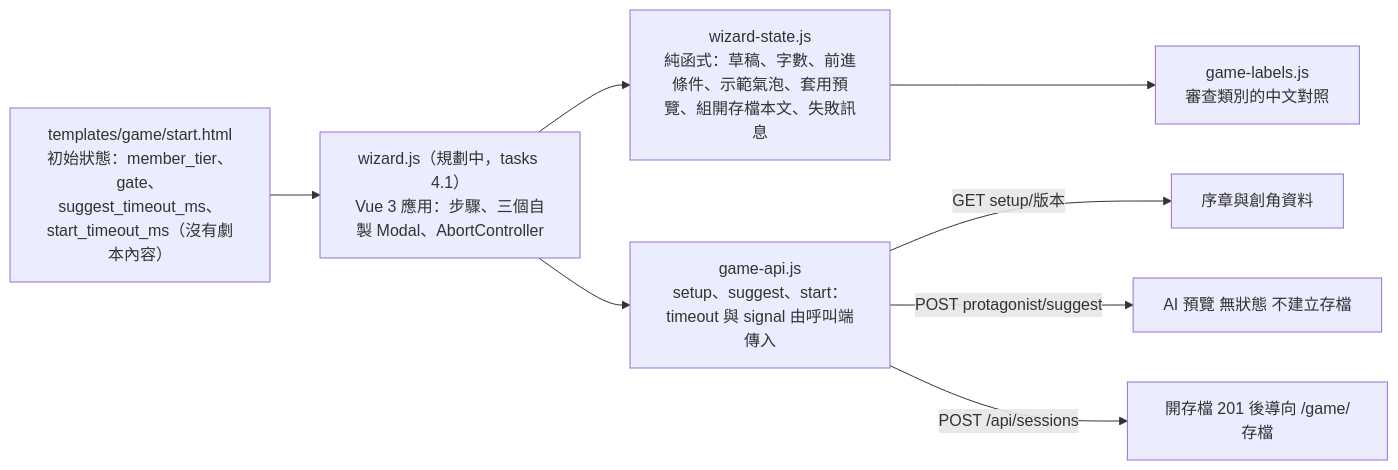
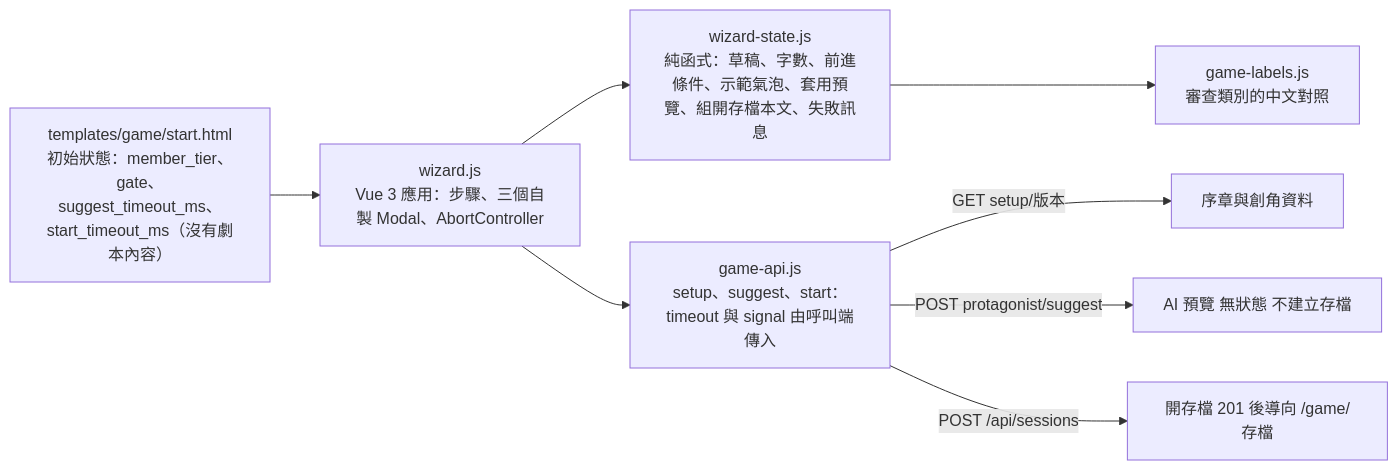
Before and after one commit to pp466pp466/R.A.C: the eighth of 10 diagrams in docs/前端結構-frontend.md, drawn with Mermaid. The commit also changed other lines of this file and 19 other files, not shown here.

````diff
--- a/docs/前端結構-frontend.md
+++ b/docs/前端結構-frontend.md
@@ -183,10 +183,10 @@
 ```mermaid
 flowchart LR
     Html["templates/game/start.html<br/>初始狀態：member_tier、gate、suggest_timeout_ms、start_timeout_ms（沒有劇本內容）"] --> Wz
-    Wz["wizard.js（規劃中，tasks 4.1）<br/>Vue 3 應用：步驟、三個自製 Modal、AbortController"] --> St["wizard-state.js<br/>純函式：草稿、字數、前進條件、示範氣泡、套用預覽、組開存檔本文、失敗訊息"]
+    Wz["wizard.js<br/>Vue 3 應用：步驟、三個自製 Modal、AbortController"] --> St["wizard-state.js<br/>純函式：草稿、字數、前進條件、示範氣泡、套用預覽、組開存檔本文、失敗訊息"]
     St --> Labels["game-labels.js<br/>審查類別的中文對照"]
     Wz --> Api["game-api.js<br/>setup、suggest、start：timeout 與 signal 由呼叫端傳入"]
     Api -->|"GET setup/版本"| S1["序章與創角資料"]
     Api -->|"POST protagonist/suggest"| S2["AI 預覽 無狀態 不建立存檔"]
     Api -->|"POST /api/sessions"| S3["開存檔 201 後導向 /game/存檔"]
 ```
````
